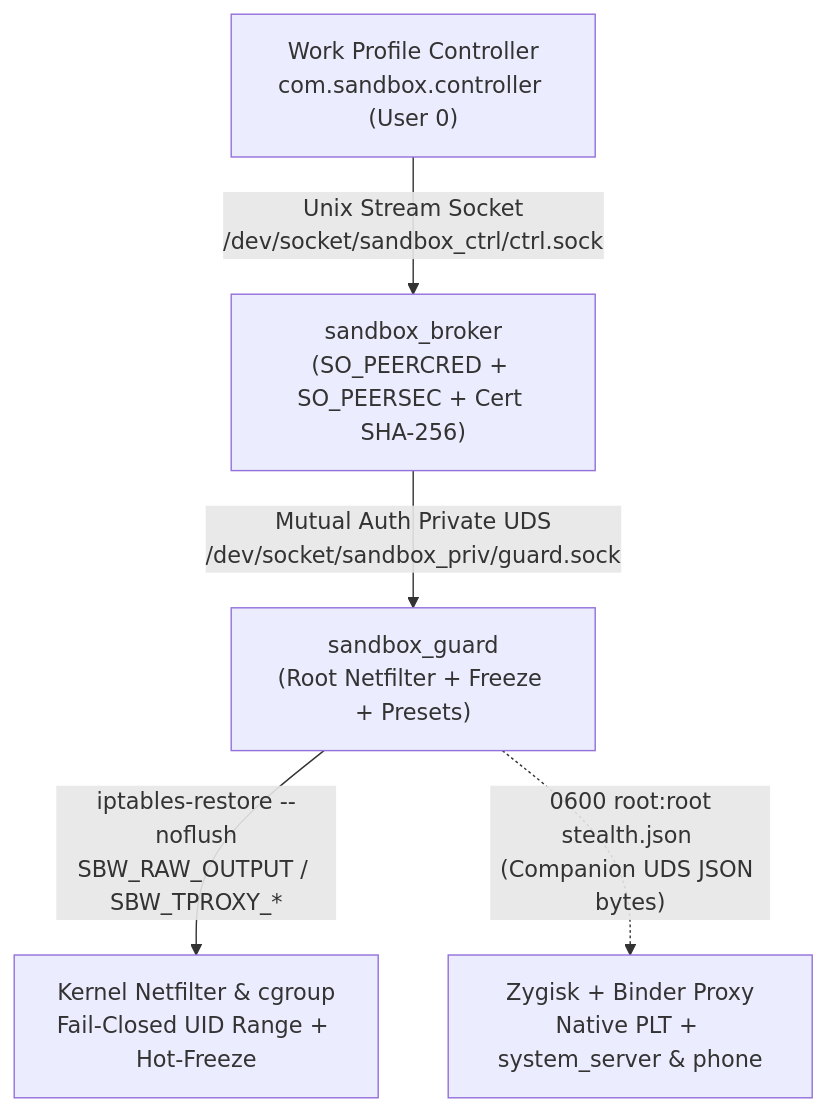
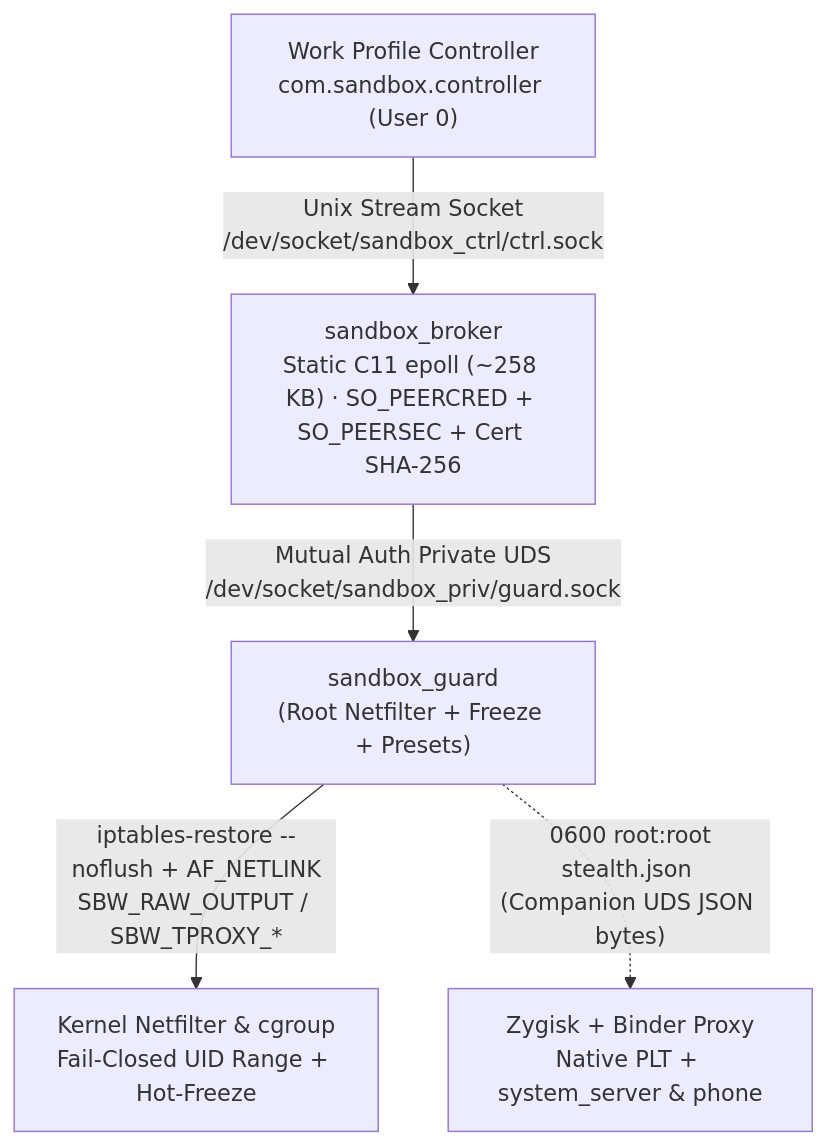
Before and after one commit to Touka404x/KernBox: the first of 2 diagrams in ARCHITECTURE.md, drawn with Mermaid. The commit also changed 5 other files, not shown here.

````diff
--- a/ARCHITECTURE.md
+++ b/ARCHITECTURE.md
@@ -7,7 +7,7 @@
 ```mermaid
 flowchart TD
-    Ctrl["Work Profile Controller<br/>com.sandbox.controller (User 0)"] -->|"Unix Stream Socket<br/>/dev/socket/sandbox_ctrl/ctrl.sock"| Broker["sandbox_broker<br/>(SO_PEERCRED + SO_PEERSEC + Cert SHA-256)"]
+    Ctrl["Work Profile Controller<br/>com.sandbox.controller (User 0)"] -->|"Unix Stream Socket<br/>/dev/socket/sandbox_ctrl/ctrl.sock"| Broker["sandbox_broker<br/>Static C11 epoll (~258 KB) · SO_PEERCRED + SO_PEERSEC + Cert SHA-256"]
     Broker -->|"Mutual Auth Private UDS<br/>/dev/socket/sandbox_priv/guard.sock"| Guard["sandbox_guard<br/>(Root Netfilter + Freeze + Presets)"]
-    Guard -->|"iptables-restore --noflush<br/>SBW_RAW_OUTPUT / SBW_TPROXY_*"| Kernel["Kernel Netfilter &amp; cgroup<br/>Fail-Closed UID Range + Hot-Freeze"]
+    Guard -->|"iptables-restore --noflush + AF_NETLINK<br/>SBW_RAW_OUTPUT / SBW_TPROXY_*"| Kernel["Kernel Netfilter &amp; cgroup<br/>Fail-Closed UID Range + Hot-Freeze"]
     Guard -.->|"0600 root:root<br/>stealth.json (Companion UDS JSON bytes)"| Stealth["Zygisk + Binder Proxy<br/>Native PLT + system_server &amp; phone"]
 ```
````
